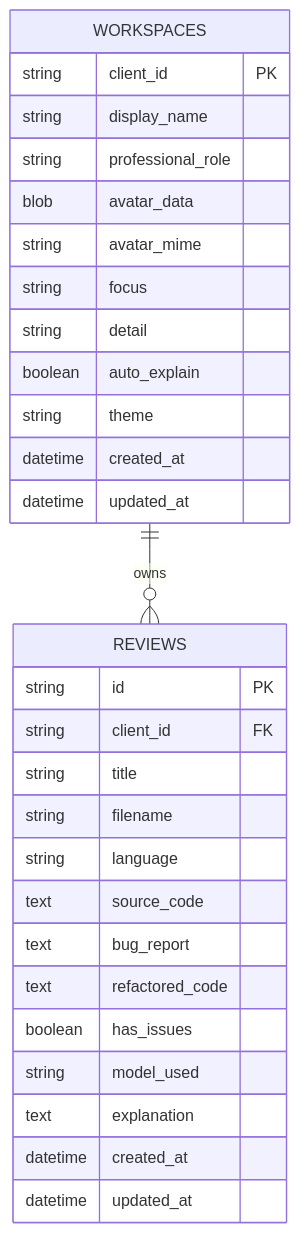
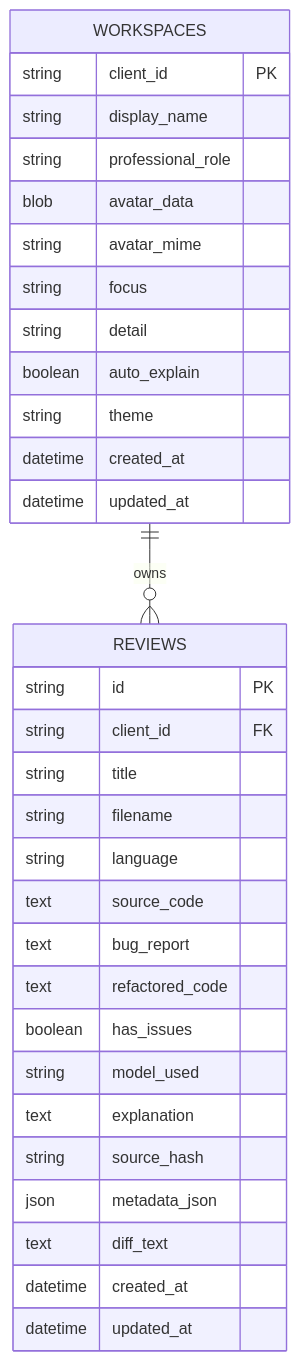
One commit to muhammadsaadjadoon/DecodeLabs-Internship changed the third of 3 diagrams in DecodeLab-Intelligent Code Reviewer and Explainer/README.md. Above: the diagram before and after it, drawn with Mermaid. The commit also changed other lines of this file and 2 other files, not shown here.

````diff
--- a/DecodeLab-Intelligent Code Reviewer and Explainer/README.md
+++ b/DecodeLab-Intelligent Code Reviewer and Explainer/README.md
@@ -551,34 +575,37 @@
 ```mermaid
 erDiagram
     WORKSPACES ||--o{ REVIEWS : owns
 
     WORKSPACES {
       string client_id PK
       string display_name
       string professional_role
       blob avatar_data
       string avatar_mime
       string focus
       string detail
       boolean auto_explain
       string theme
       datetime created_at
       datetime updated_at
     }
 
     REVIEWS {
       string id PK
       string client_id FK
       string title
       string filename
       string language
       text source_code
       text bug_report
       text refactored_code
       boolean has_issues
       string model_used
       text explanation
+      string source_hash
+      json metadata_json
+      text diff_text
       datetime created_at
       datetime updated_at
     }
 ```
````
